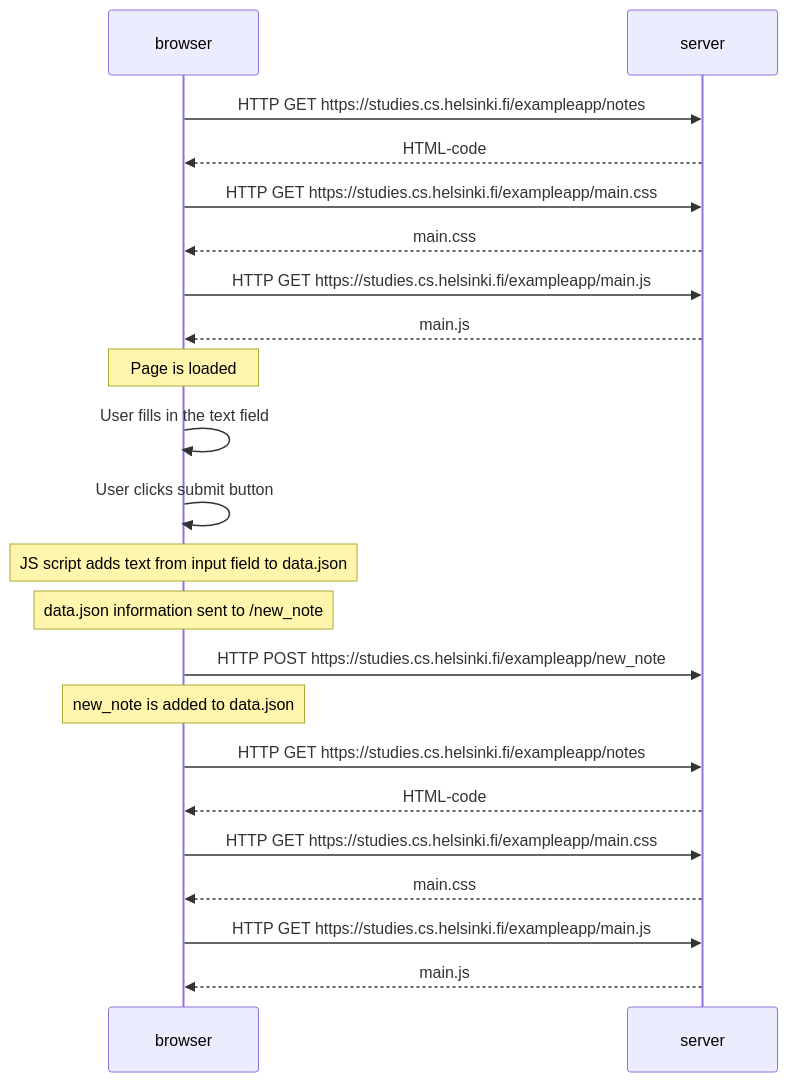
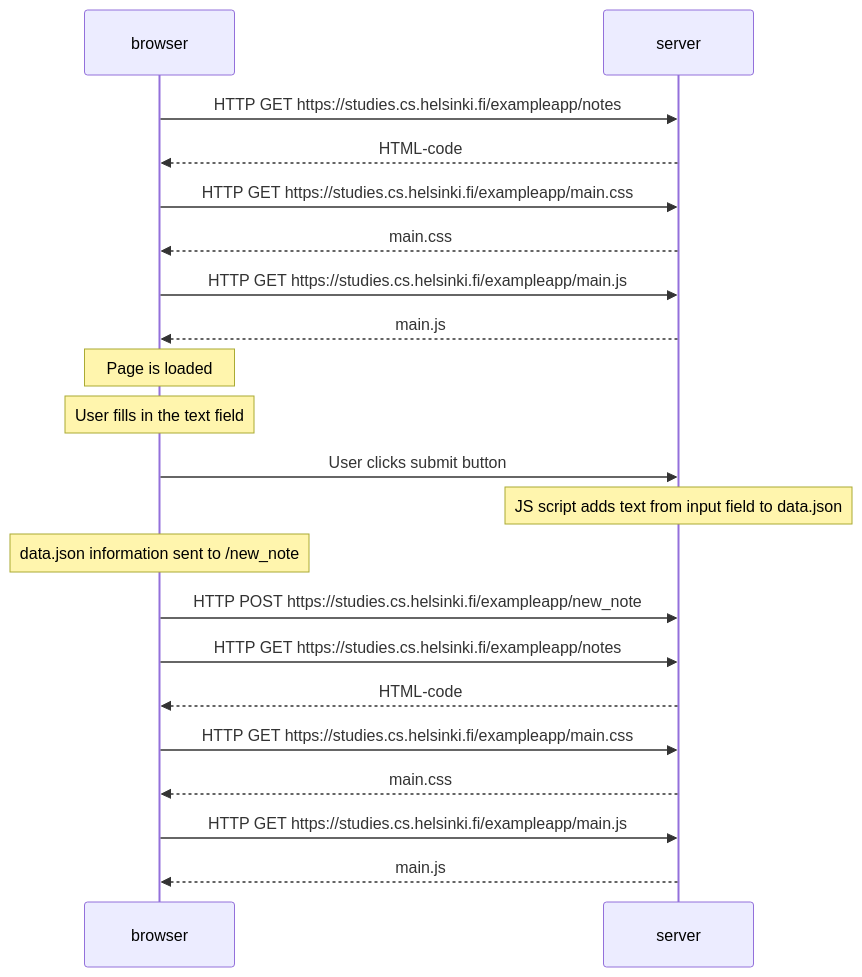
One commit to simon-archer/fullstack changed the diagram in part0/0.4: New note diagram.md. Above: the diagram before and after it, drawn with Mermaid.

Commit message:
Update 0.4: New note diagram.md

````diff
--- a/part0/0.4: New note diagram.md
+++ b/part0/0.4: New note diagram.md
@@ -5,24 +5,23 @@
 ```mermaid
 sequenceDiagram
     participant browser
     participant server
     browser->>server: HTTP GET https://studies.cs.helsinki.fi/exampleapp/notes
     server-->>browser: HTML-code
     browser->>server: HTTP GET https://studies.cs.helsinki.fi/exampleapp/main.css
     server-->>browser: main.css
     browser->>server: HTTP GET https://studies.cs.helsinki.fi/exampleapp/main.js
     server-->>browser: main.js
     Note over browser: Page is loaded
-    browser->>browser: User fills in the text field
-    browser->>browser: User clicks submit button
-    Note over browser: JS script adds text from input field to data.json
+    Note over browser: User fills in the text field
+    browser->>server: User clicks submit button
+    Note over server: JS script adds text from input field to data.json
     Note over browser: data.json information sent to /new_note
     browser->>server: HTTP POST https://studies.cs.helsinki.fi/exampleapp/new_note
-    Note over browser: new_note is added to data.json 
     browser->>server: HTTP GET https://studies.cs.helsinki.fi/exampleapp/notes
     server-->>browser: HTML-code
     browser->>server: HTTP GET https://studies.cs.helsinki.fi/exampleapp/main.css
     server-->>browser: main.css
     browser->>server: HTTP GET https://studies.cs.helsinki.fi/exampleapp/main.js
     server-->>browser: main.js
 ```
````
